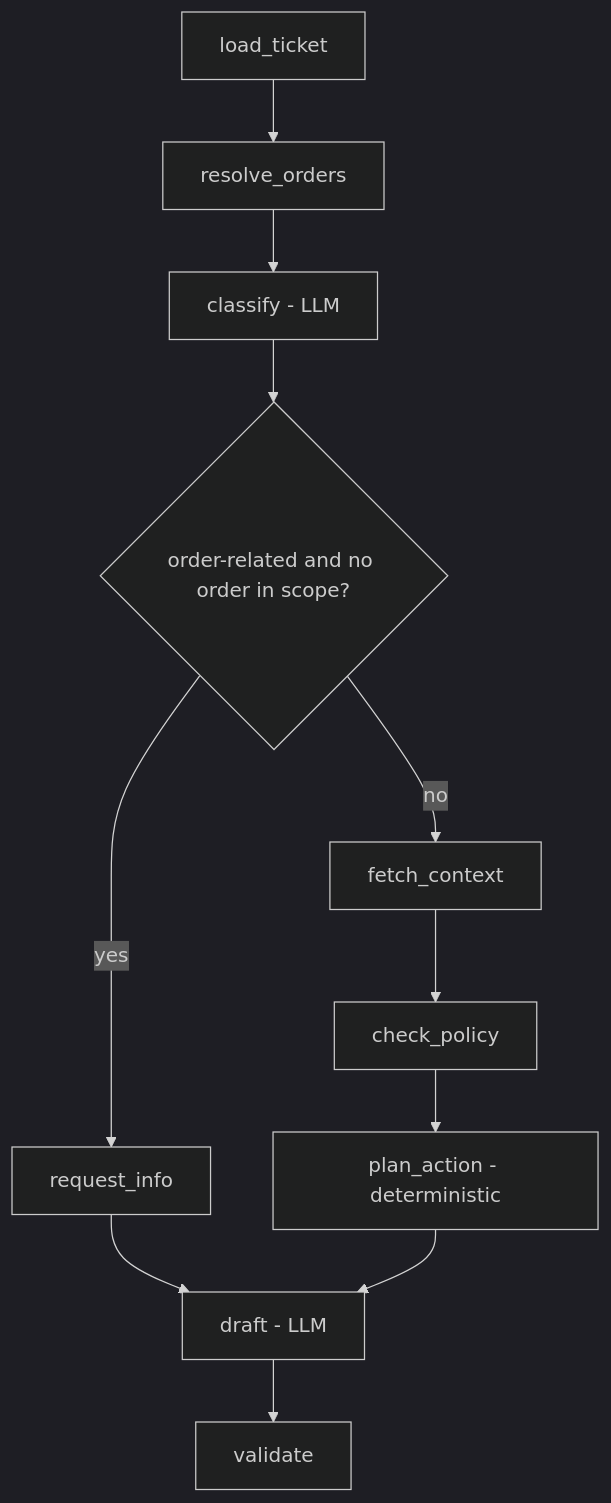
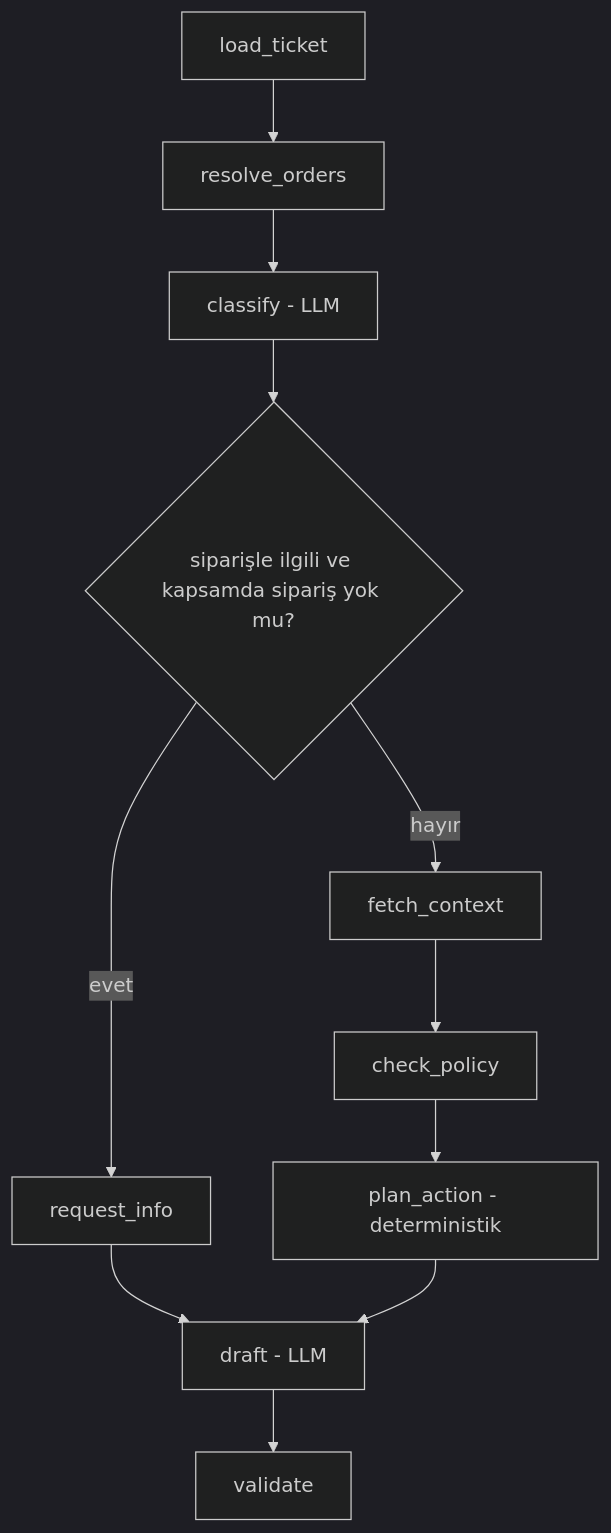
Before and after one commit to UygarYildiz/SupportFlow: the third of 4 diagrams in docs/ARCHITECTURE.md, drawn with Mermaid (dark theme). The commit also changed other lines of this file and 55 other files, not shown here.

````diff
--- a/docs/ARCHITECTURE.md
+++ b/docs/ARCHITECTURE.md
@@ -71,13 +71,13 @@
 ```mermaid
 flowchart TD
     A[load_ticket] --> B[resolve_orders]
     B --> C[classify - LLM]
-    C --> D{order-related and no order in scope?}
-    D -->|yes| E[request_info]
-    D -->|no| F[fetch_context]
+    C --> D{siparişle ilgili ve kapsamda sipariş yok mu?}
+    D -->|evet| E[request_info]
+    D -->|hayır| F[fetch_context]
     F --> G[check_policy]
-    G --> H[plan_action - deterministic]
+    G --> H[plan_action - deterministik]
     E --> I[draft - LLM]
     H --> I
     I --> J[validate]
 ```
````
